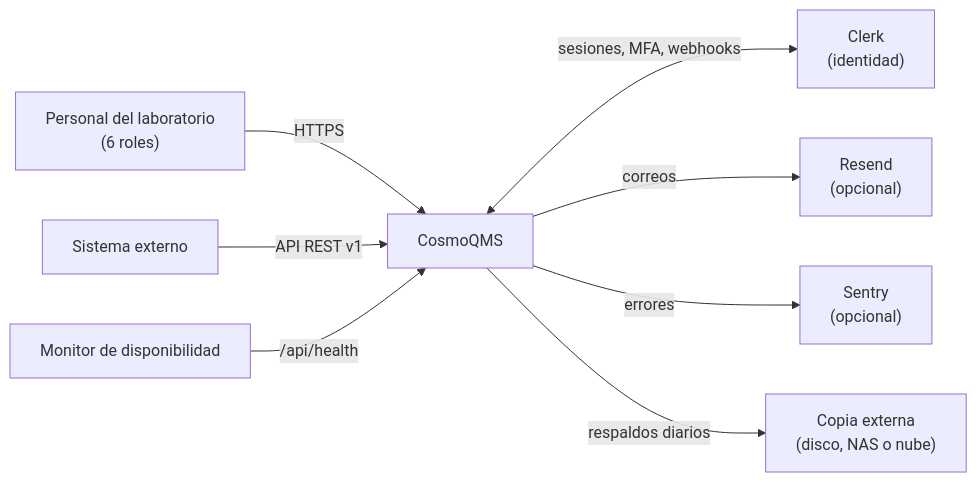
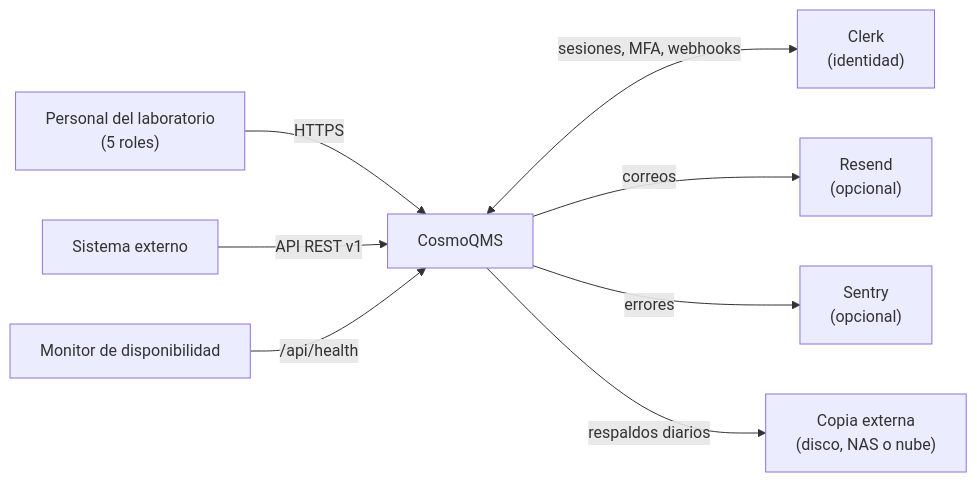
One commit to jusgad/cosmoqms changed the first of 7 diagrams in docs/03-manual-arquitectonico.md. Above: the diagram before and after it, drawn with Mermaid. The commit also changed other lines of this file and 64 other files, not shown here.

First line of the commit message:
feat(roles): CosmoQMS trabaja con 5 roles y las cuentas nuevas quedan pendientes

````diff
--- a/docs/03-manual-arquitectonico.md
+++ b/docs/03-manual-arquitectonico.md
@@ -20,10 +20,10 @@
 ```mermaid
 flowchart LR
-  personal["Personal del laboratorio<br/>(6 roles)"] -->|HTTPS| app["CosmoQMS"]
+  personal["Personal del laboratorio<br/>(5 roles)"] -->|HTTPS| app["CosmoQMS"]
   integrador["Sistema externo"] -->|API REST v1| app
   monitor["Monitor de disponibilidad"] -->|/api/health| app
   app <-->|sesiones, MFA, webhooks| clerk["Clerk<br/>(identidad)"]
   app -->|correos| resend["Resend<br/>(opcional)"]
   app -->|errores| sentry["Sentry<br/>(opcional)"]
   app -->|respaldos diarios| externo["Copia externa<br/>(disco, NAS o nube)"]
 ```
````
